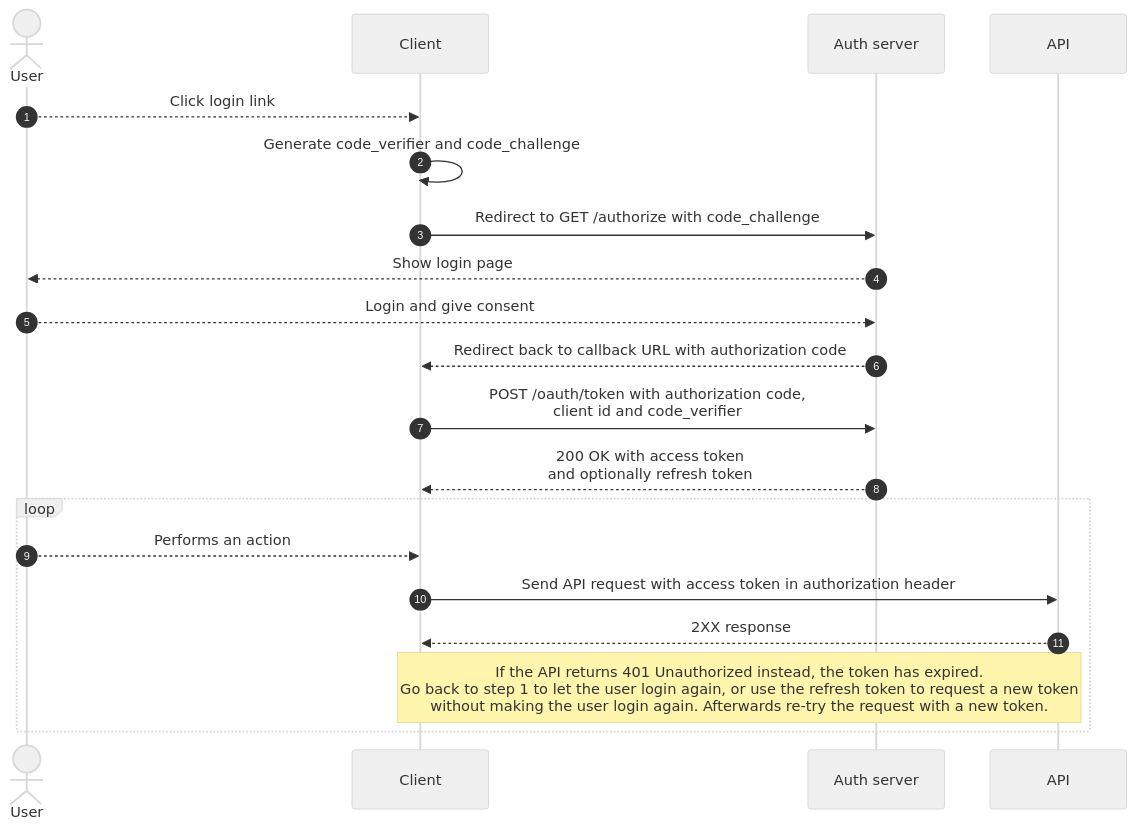
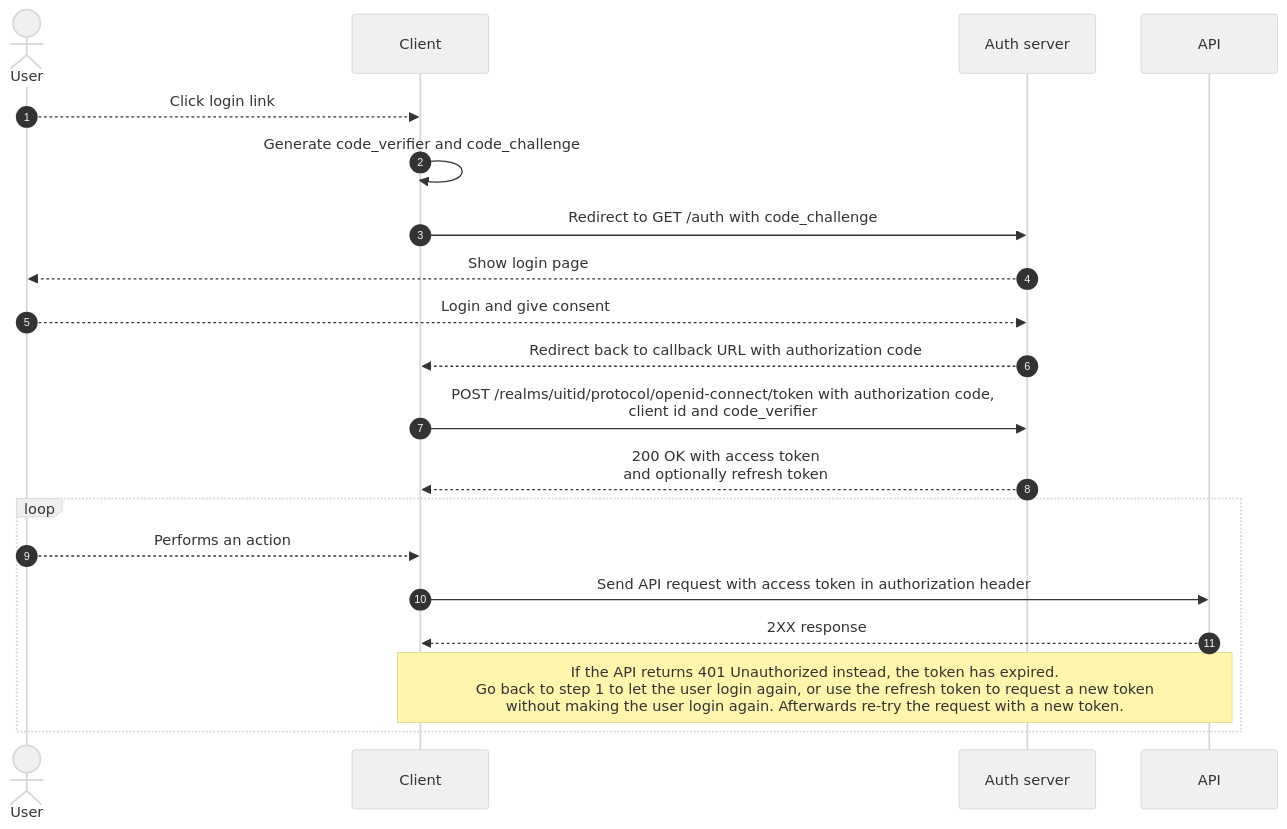
Before and after one commit to cultuurnet/apidocs: the second of 2 diagrams in projects/authentication/docs/user-access-token.md, drawn with Mermaid. The commit also changed other lines of this file and 2 other files, not shown here.

First line of the commit message:
Uitid/pk 41 keycloak switch (#408)

````diff
--- a/projects/authentication/docs/user-access-token.md
+++ b/projects/authentication/docs/user-access-token.md
@@ -155,20 +155,20 @@
 ```mermaid
 %%{init: {'theme':'base', 'themeVariables': { 'primaryColor': '#f0f0f0', 'fontFamily': 'Helvetica' }, 'sequence': { 'actorFontFamily': 'Helvetica', 'noteFontFamily': 'Helvetica', 'messageFontFamily': 'Helvetica' } }}%%
 sequenceDiagram
     autonumber
     actor User
     User-->>Client: Click login link
     Client->>Client: Generate code_verifier and code_challenge
-    Client->>Auth server: Redirect to GET /authorize with code_challenge
+    Client->>Auth server: Redirect to GET /auth with code_challenge
     Auth server-->>User: Show login page
     User-->>Auth server: Login and give consent
     Auth server-->>Client: Redirect back to callback URL with authorization code
-    Client->>Auth server: POST /oauth/token with authorization code,<br /> client id and code_verifier
+    Client->>Auth server: POST /realms/uitid/protocol/openid-connect/token with authorization code,<br /> client id and code_verifier
     Auth server-->>Client: 200 OK with access token<br /> and optionally refresh token
     loop
         User-->>Client: Performs an action
         Client->>API: Send API request with access token in authorization header
         API-->>Client: 2XX response
         note over API,Client: If the API returns 401 Unauthorized instead, the token has expired.<br />Go back to step 1 to let the user login again, or use the refresh token to request a new token<br />without making the user login again. Afterwards re-try the request with a new token.
     end
 ```
````
